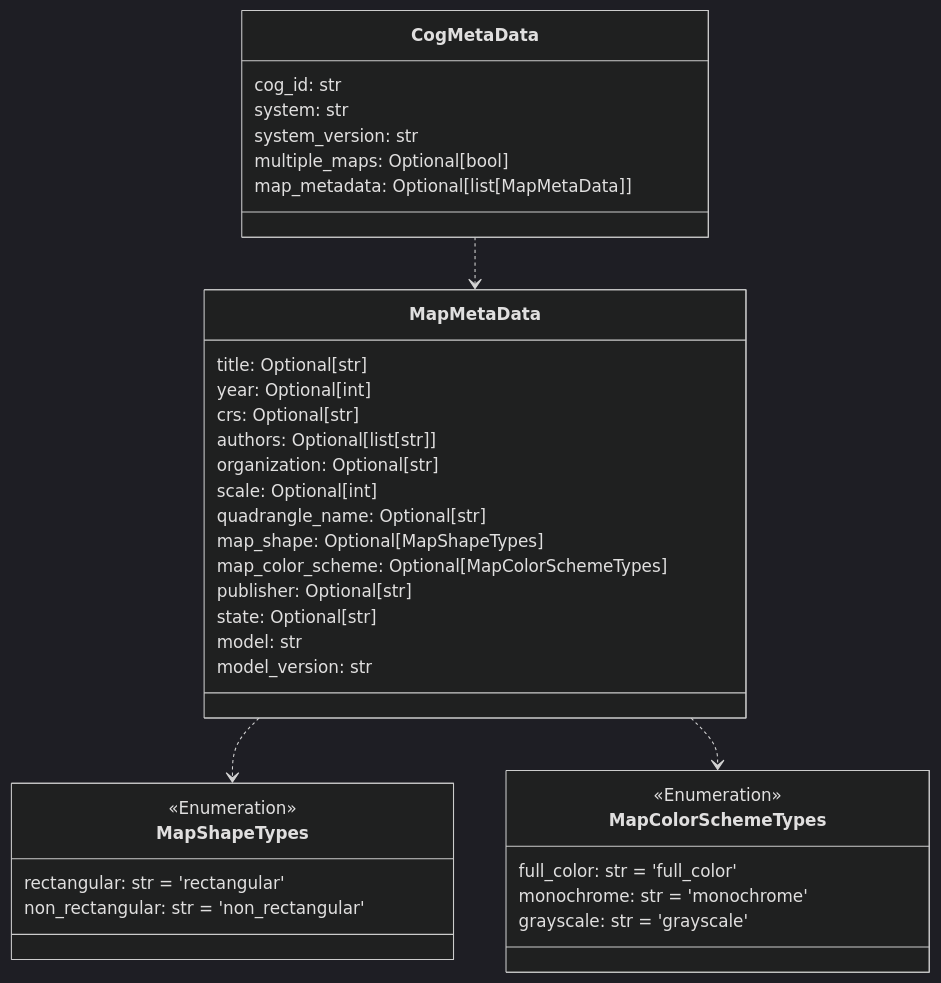
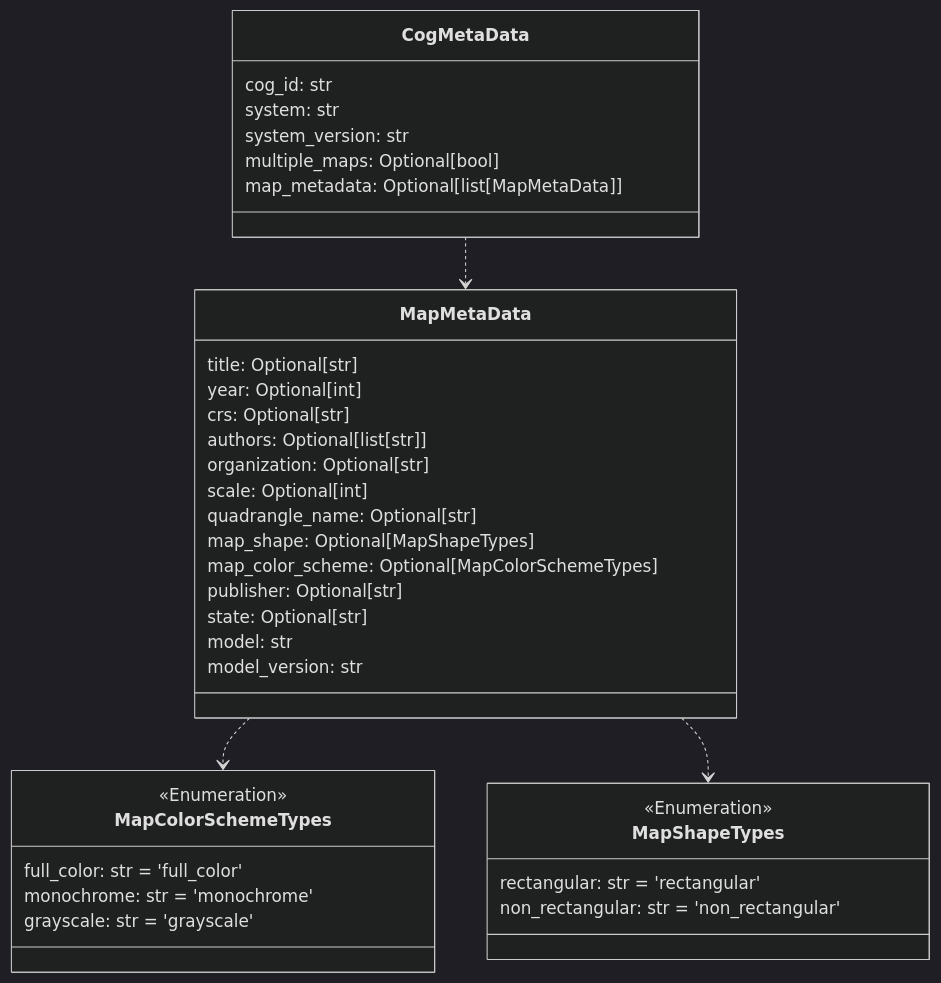
The eighth of 12 diagrams in README.md (DARPA-CRITICALMAAS/cdr_schemas), drawn with Mermaid (dark theme) before and after one commit. The commit also changed other lines of this file and 2 other files, not shown here.

````diff
--- a/README.md
+++ b/README.md
@@ -555,46 +571,46 @@
 ```mermaid
 classDiagram
-
-    class MapShapeTypes {
-        <<Enumeration>>
-        rectangular: str = 'rectangular'
-        non_rectangular: str = 'non_rectangular'
-    }
 
     class MapMetaData {
         title: Optional[str]
         year: Optional[int]
         crs: Optional[str]
         authors: Optional[list[str]]
         organization: Optional[str]
         scale: Optional[int]
         quadrangle_name: Optional[str]
         map_shape: Optional[MapShapeTypes]
         map_color_scheme: Optional[MapColorSchemeTypes]
         publisher: Optional[str]
         state: Optional[str]
         model: str
         model_version: str
     }
 
-    class MapColorSchemeTypes {
-        <<Enumeration>>
-        full_color: str = 'full_color'
-        monochrome: str = 'monochrome'
-        grayscale: str = 'grayscale'
-    }
-
     class CogMetaData {
         cog_id: str
         system: str
         system_version: str
         multiple_maps: Optional[bool]
         map_metadata: Optional[list[MapMetaData]]
     }
 
+    class MapColorSchemeTypes {
+        <<Enumeration>>
+        full_color: str = 'full_color'
+        monochrome: str = 'monochrome'
+        grayscale: str = 'grayscale'
+    }
+
+    class MapShapeTypes {
+        <<Enumeration>>
+        rectangular: str = 'rectangular'
+        non_rectangular: str = 'non_rectangular'
+    }
+
+    MapMetaData ..> MapColorSchemeTypes
     MapMetaData ..> MapShapeTypes
-    MapMetaData ..> MapColorSchemeTypes
     CogMetaData ..> MapMetaData
 
 
 ```
````
